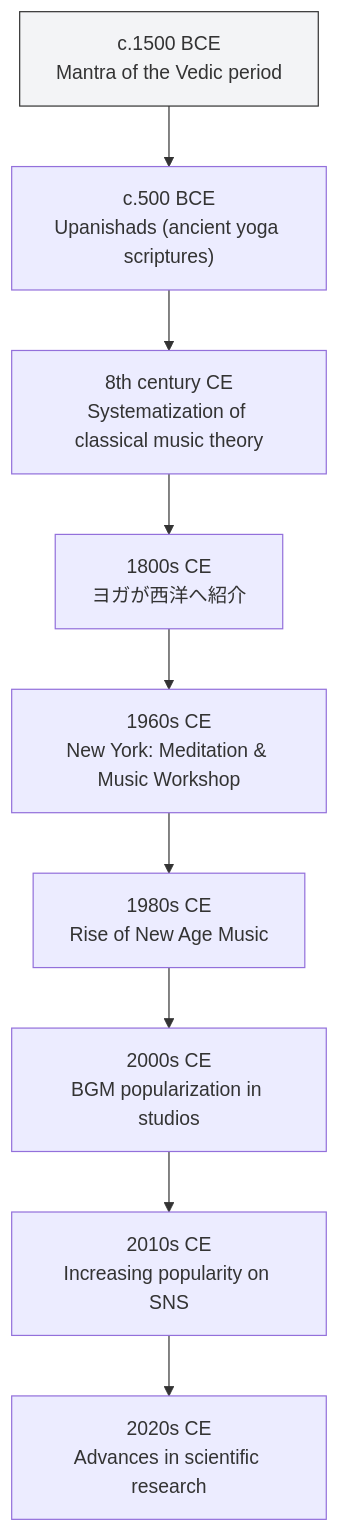
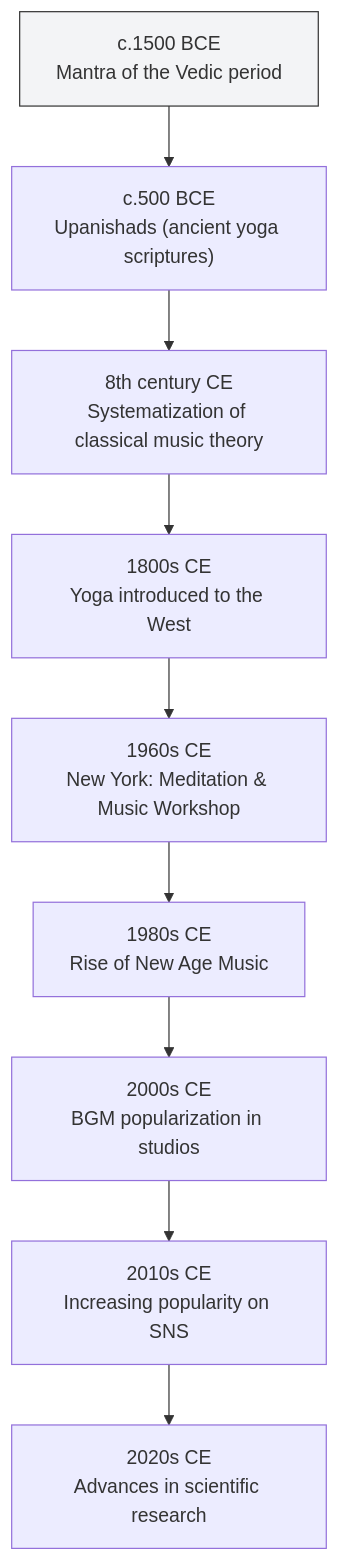
Before and after one commit to monumental-movement/monumental-movement.github.io: the third of 4 diagrams in en/_posts/2025-11-09-column-yoga-music.md, drawn with Mermaid. The commit also changed other lines of this file and 274 other files, not shown here.

```diff
--- a/en/_posts/2025-11-09-column-yoga-music.md
+++ b/en/_posts/2025-11-09-column-yoga-music.md
@@ -192,14 +192,14 @@
 <div class="mermaid">
 
 flowchart TD
     style A fill:#f3f4f6,stroke:#333,stroke-width:1px
     A["c.1500 BCE<br>Mantra of the Vedic period"] --> B["c.500 BCE<br>Upanishads (ancient yoga scriptures)"]
     B --> C["8th century CE<br>Systematization of classical music theory"]
-    C --> D["1800s CE<br>ヨガが西洋へ紹介"]
+    C --> D["1800s CE<br>Yoga introduced to the West"]
     D --> E["1960s CE<br>New York: Meditation & Music Workshop"]
     E --> F["1980s CE<br>Rise of New Age Music"]
     F --> G["2000s CE<br>BGM popularization in studios"]
     G --> H["2010s CE<br>Increasing popularity on SNS"]
     H --> I["2020s CE<br>Advances in scientific research"]
 
 </div>
```
